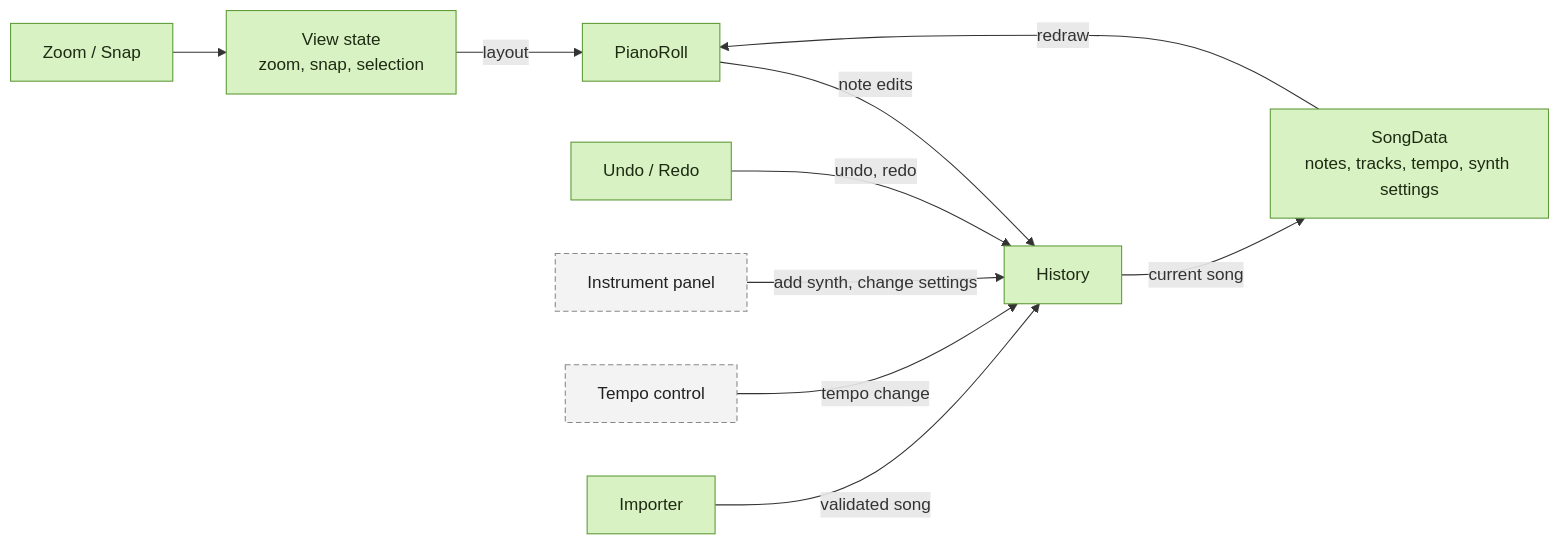
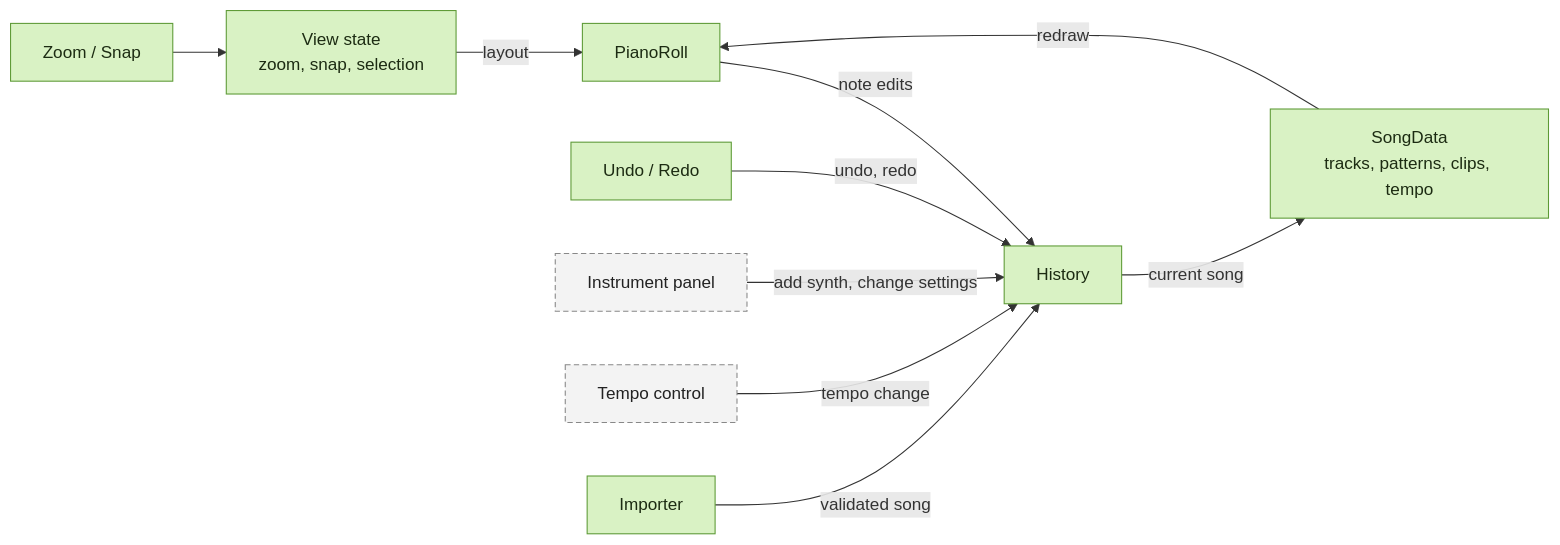
The first of 3 diagrams in docs/architecture.md (Chris301000/CS180Project), drawn with Mermaid before and after one commit. The commit also changed other lines of this file and 14 other files, not shown here.

First line of the commit message:
Split songs into tracks, patterns and clips

````diff
--- a/docs/architecture.md
+++ b/docs/architecture.md
@@ -16,17 +16,17 @@
 ```mermaid
 flowchart LR
   Roll["PianoRoll"] -- "note edits" --> History["History"]
   UndoRedo["Undo / Redo"] -- "undo, redo" --> History
   Instruments["Instrument panel"] -- "add synth, change settings" --> History
   Tempo["Tempo control"] -- "tempo change" --> History
   Importer["Importer"] -- "validated song" --> History
-  History -- "current song" --> Song["SongData<br/>notes, tracks, tempo, synth settings"]
+  History -- "current song" --> Song["SongData<br/>tracks, patterns, clips, tempo"]
   Song -- "redraw" --> Roll
   View["Zoom / Snap"] --> ViewState["View state<br/>zoom, snap, selection"]
   ViewState -- "layout" --> Roll
 
   classDef built fill:#d9f2c4,stroke:#5d9a36,color:#1c2b12
   classDef planned fill:#f3f3f3,stroke:#888,color:#222,stroke-dasharray:5 3
   class Roll,UndoRedo,View,History,Song,ViewState,Importer built
   class Instruments,Tempo planned
 ```
````
